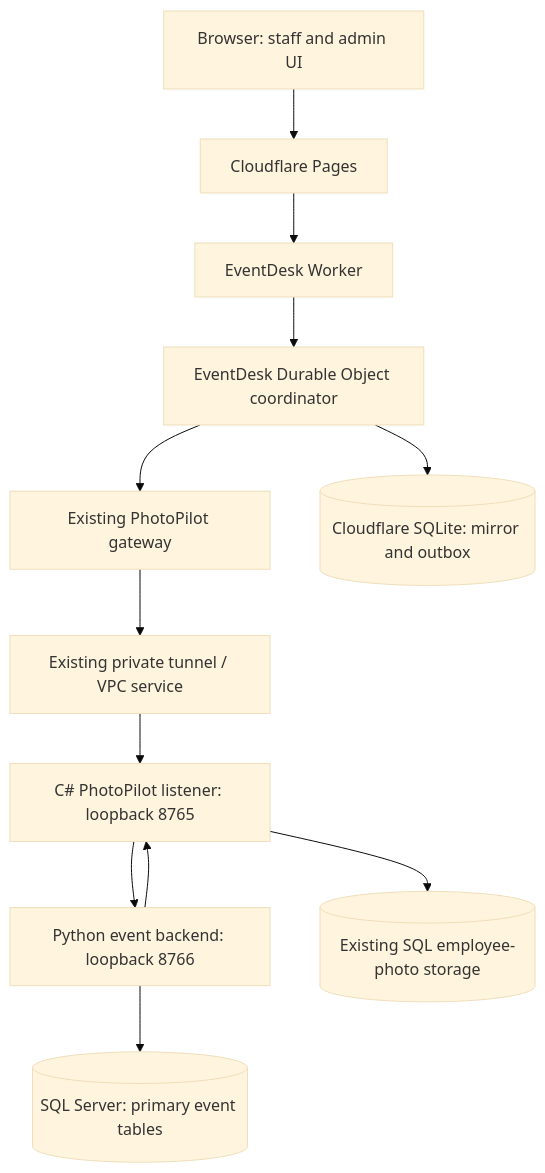
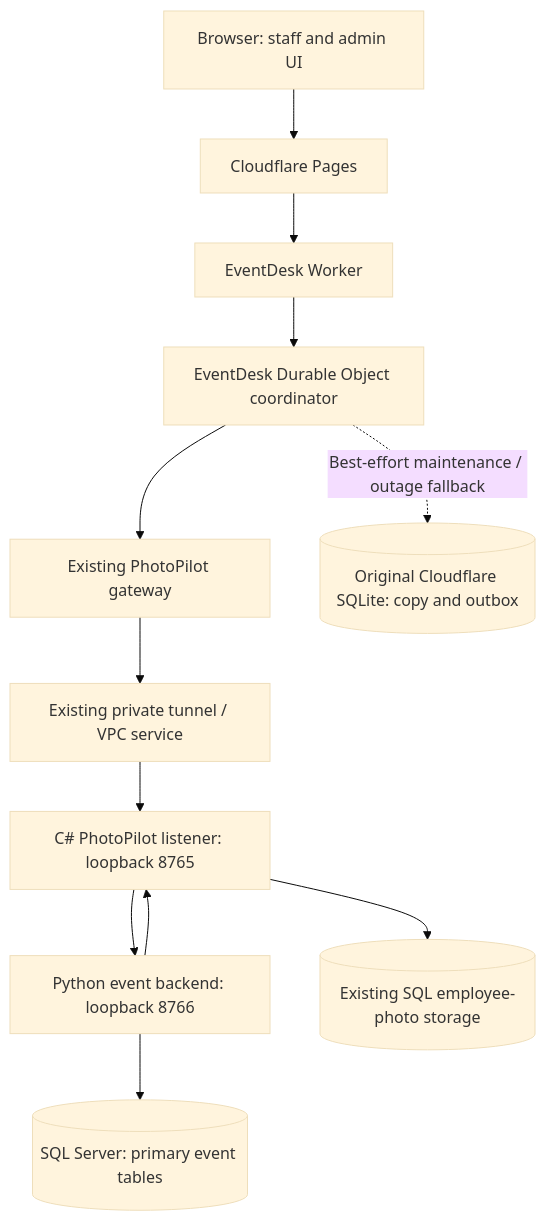
The first of 2 diagrams in cloudflare/SQL_FAILOVER.md (akwaa2545-gif/NewYearApp), drawn with Mermaid (base theme) before and after one commit. The commit also changed other lines of this file and 16 other files, not shown here.

````diff
--- a/cloudflare/SQL_FAILOVER.md
+++ b/cloudflare/SQL_FAILOVER.md
@@ -15,14 +24,14 @@
 ```mermaid
 flowchart TD
     Browser[Browser: staff and admin UI] --> Pages[Cloudflare Pages]
     Pages --> Worker[EventDesk Worker]
     Worker --> Coordinator[EventDesk Durable Object coordinator]
     Coordinator --> Gateway[Existing PhotoPilot gateway]
     Gateway --> Tunnel[Existing private tunnel / VPC service]
     Tunnel --> Photo[C# PhotoPilot listener: loopback 8765]
     Photo --> Backend[Python event backend: loopback 8766]
     Backend --> SQL[(SQL Server: primary event tables)]
-    Coordinator --> SQLite[(Cloudflare SQLite: mirror and outbox)]
+    Coordinator -. Best-effort maintenance / outage fallback .-> SQLite[(Original Cloudflare SQLite: copy and outbox)]
     Backend --> Photo
     Photo --> Photos[(Existing SQL employee-photo storage)]
 ```
````
